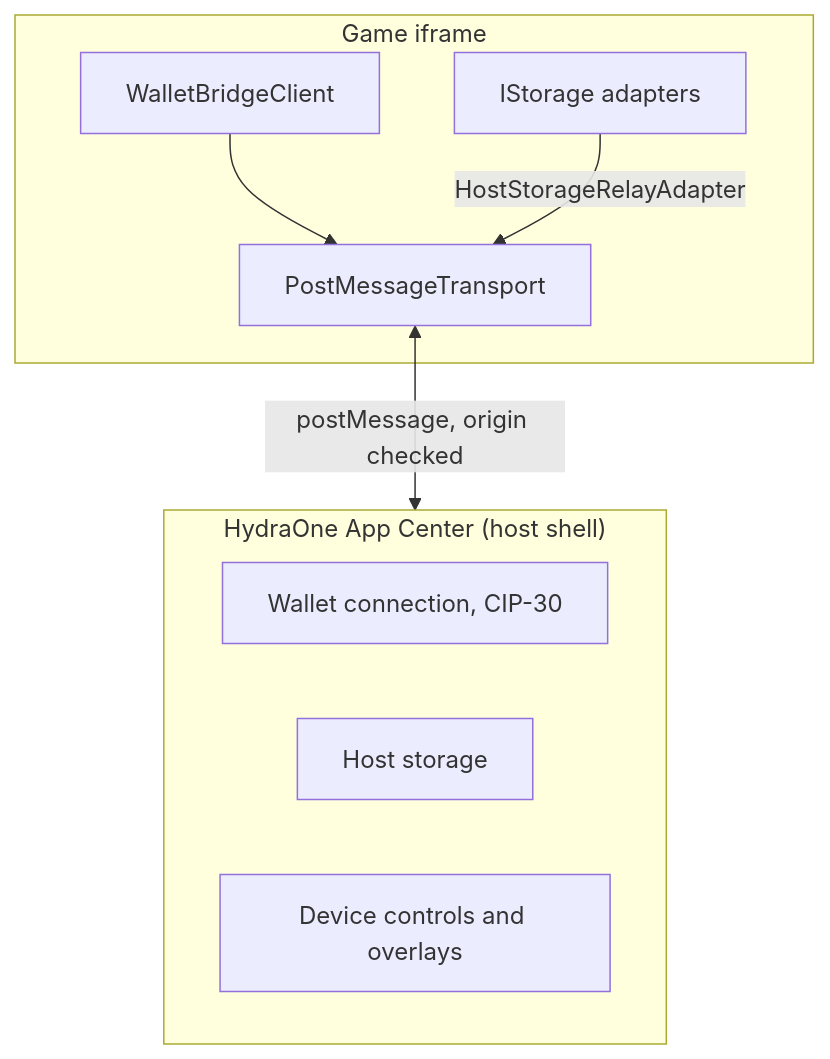
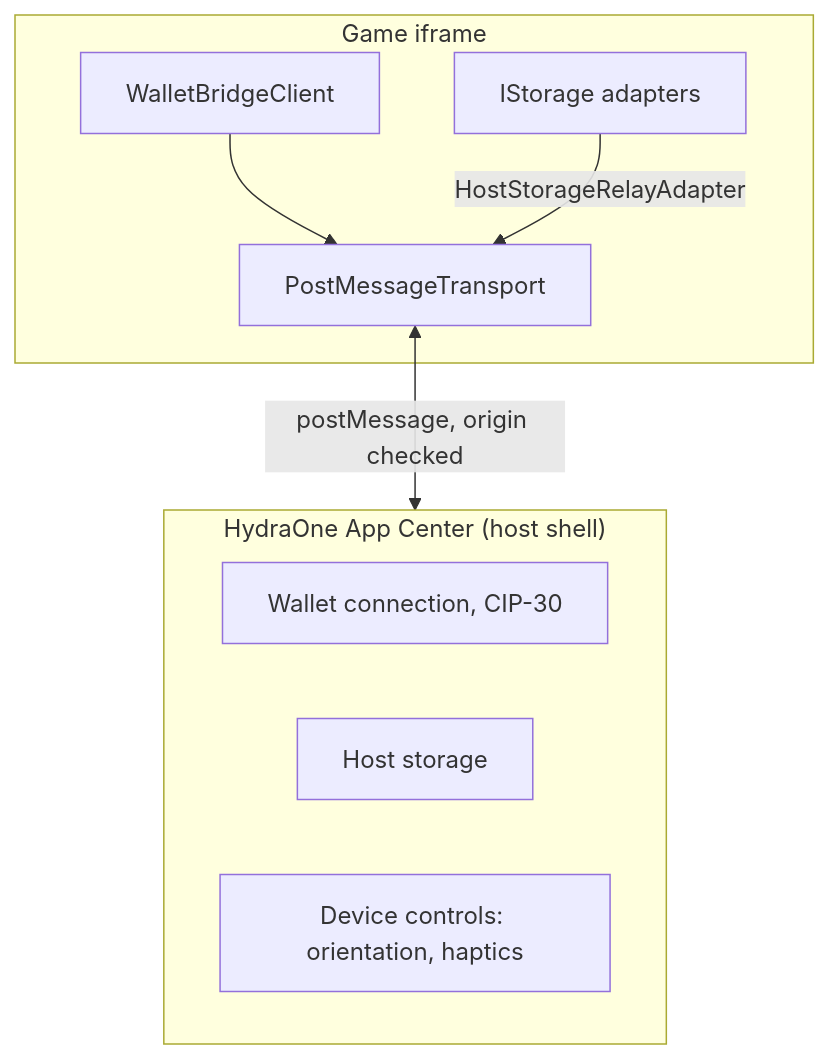
Before and after one commit to Vtechcom/hydraone-sdk: the diagram in apps/docs/content/en/2.core-concepts/1.architecture.md, drawn with Mermaid. The commit also changed 45 other files, not shown here.

````diff
--- a/apps/docs/content/en/2.core-concepts/1.architecture.md
+++ b/apps/docs/content/en/2.core-concepts/1.architecture.md
@@ -13,18 +13,18 @@
 ```mermaid
 flowchart TB
     subgraph Host["HydraOne App Center (host shell)"]
         HW[Wallet connection, CIP-30]
         HS[Host storage]
-        HC[Device controls and overlays]
+        HC[Device controls: orientation, haptics]
     end
 
     subgraph Game["Game iframe"]
         C[WalletBridgeClient]
         T1[PostMessageTransport]
         S[IStorage adapters]
         C --> T1
     end
 
     T1 <-->|postMessage, origin checked| Host
     S -->|HostStorageRelayAdapter| T1
 ```
````
